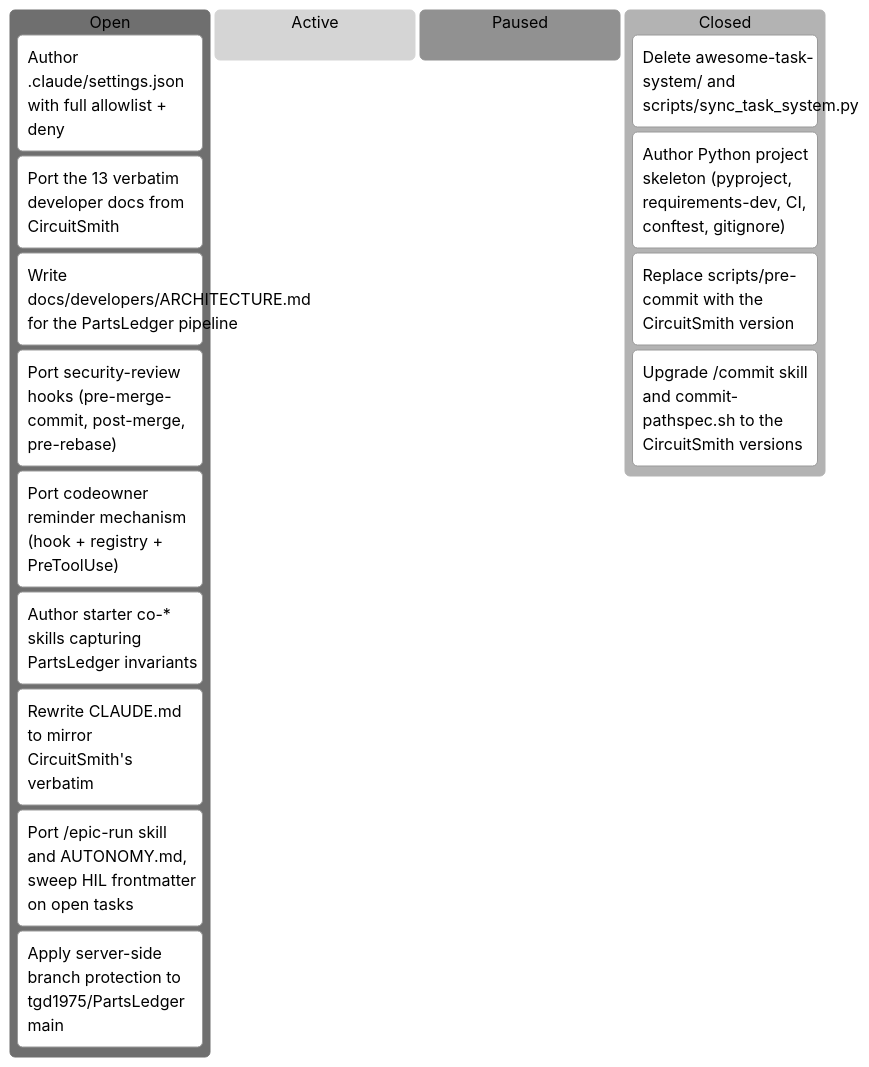
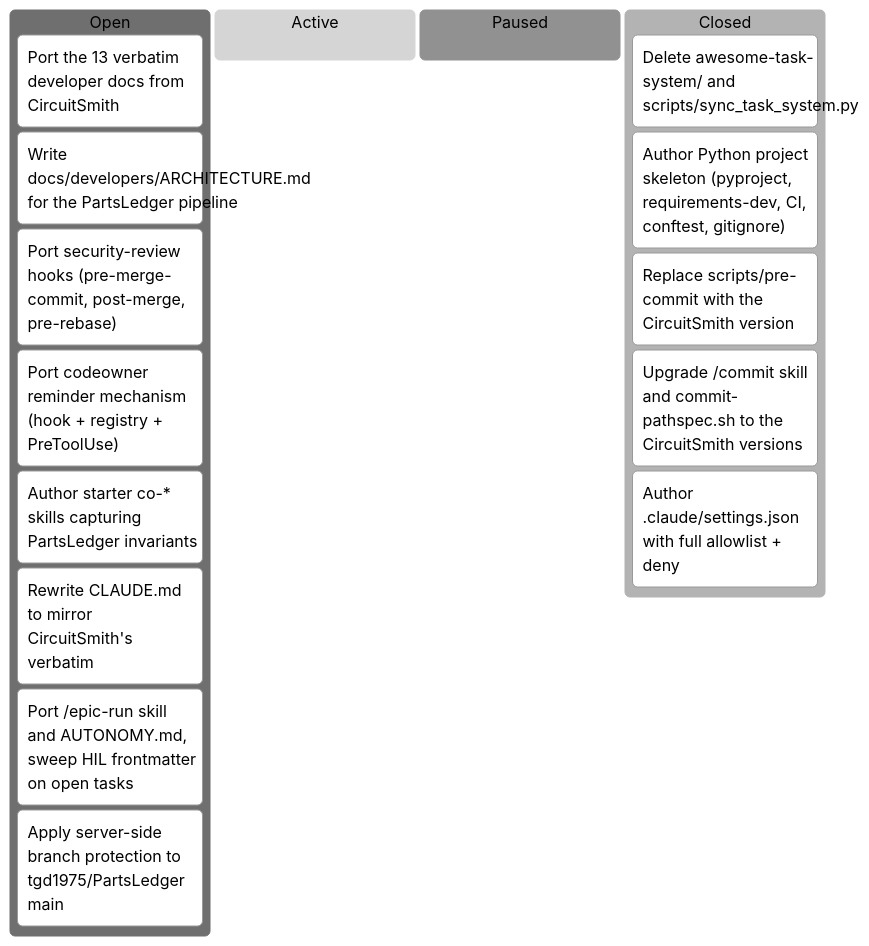
Before and after one commit to tgd1975/PartsLedger: the diagram in docs/developers/tasks/KANBAN.md, drawn with Mermaid (neutral theme). The commit also changed other lines of this file and 4 other files, not shown here.

First line of the commit message:
close TASK-005: Author .claude/settings.json with allowlist + deny

````diff
--- a/docs/developers/tasks/KANBAN.md
+++ b/docs/developers/tasks/KANBAN.md
@@ -11,20 +11,20 @@
 ```mermaid
 kanban
   Open
-    TASK_005["Author .claude/settings.json with full allowlist + deny"]
     TASK_006["Port the 13 verbatim developer docs from CircuitSmith"]
     TASK_007["Write docs/developers/ARCHITECTURE.md for the PartsLedger pipeline"]
     TASK_008["Port security-review hooks (pre-merge-commit, post-merge, pre-rebase)"]
     TASK_009["Port codeowner reminder mechanism (hook + registry + PreToolUse)"]
     TASK_010["Author starter co-* skills capturing PartsLedger invariants"]
     TASK_011["Rewrite CLAUDE.md to mirror CircuitSmith's verbatim"]
     TASK_012["Port /epic-run skill and AUTONOMY.md, sweep HIL frontmatter on open tasks"]
     TASK_013["Apply server-side branch protection to tgd1975/PartsLedger main"]
   Active
   Paused
   Closed
     TASK_001["Delete awesome-task-system/ and scripts/sync_task_system.py"]
     TASK_002["Author Python project skeleton (pyproject, requirements-dev, CI, conftest, gitignore)"]
     TASK_003["Replace scripts/pre-commit with the CircuitSmith version"]
     TASK_004["Upgrade /commit skill and commit-pathspec.sh to the CircuitSmith versions"]
+    TASK_005["Author .claude/settings.json with full allowlist + deny"]
 ```
````
